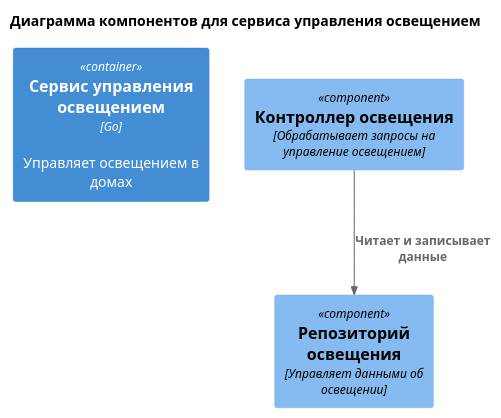
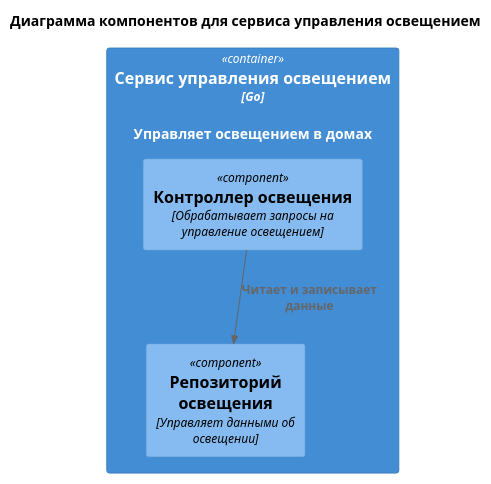
Before and after one commit to spinel/swa16: the diagram in diagrams/01/02_light-controller.plantuml, drawn with PlantUML. The commit also changed 5 other files, not shown here.

Commit message:
diagrams

```diff
--- a/diagrams/01/02_light-controller.plantuml
+++ b/diagrams/01/02_light-controller.plantuml
@@ -1,13 +1,13 @@
 @startuml
 title Диаграмма компонентов для сервиса управления освещением
 
 !includeurl https://raw.githubusercontent.com/RicardoNiepel/C4-PlantUML/master/C4_Component.puml
 
-Container(lightService, "Сервис управления освещением", "Go", "Управляет освещением в домах")
-
-Component(lightController, "Контроллер освещения", "Обрабатывает запросы на управление освещением")
-Component(lightRepository, "Репозиторий освещения", "Управляет данными об освещении")
+Container(lightService, "Сервис управления освещением", "Go", "Управляет освещением в домах") {
+    Component(lightController, "Контроллер освещения", "Обрабатывает запросы на управление освещением")
+    Component(lightRepository, "Репозиторий освещения", "Управляет данными об освещении")
+}
 
 Rel(lightController, lightRepository, "Читает и записывает данные")
 
-@endumlß
+@enduml
```
